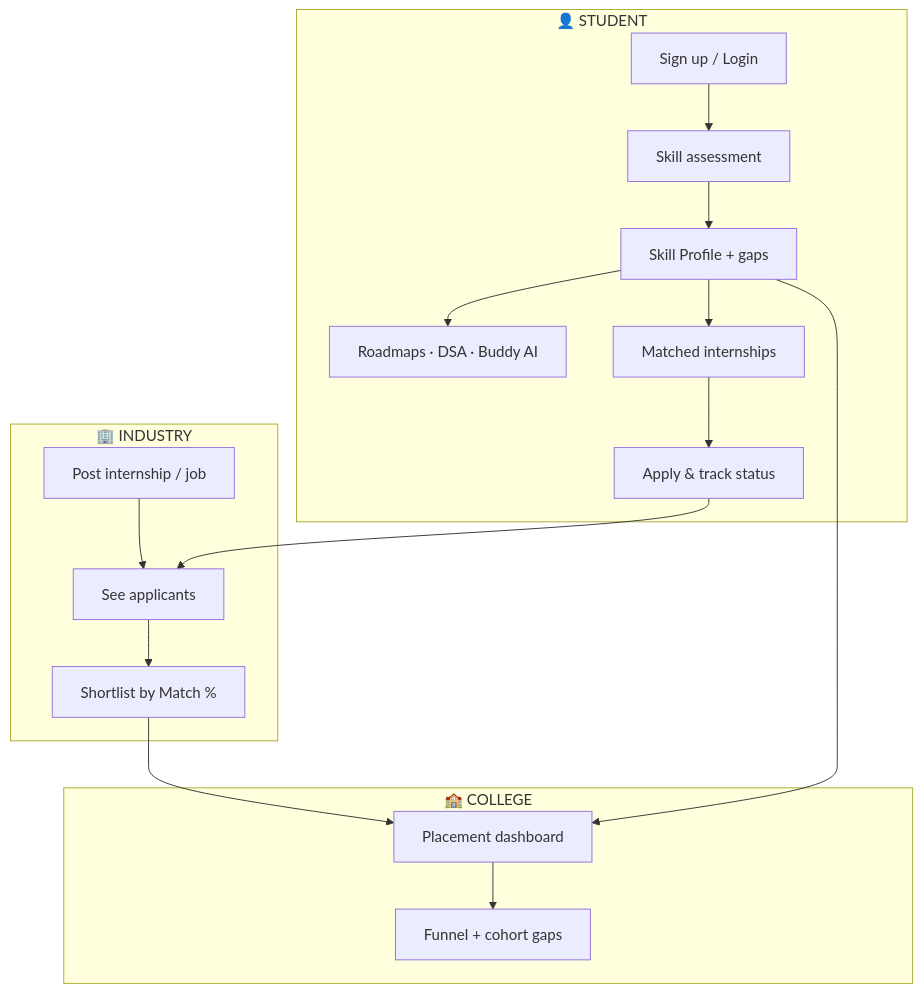
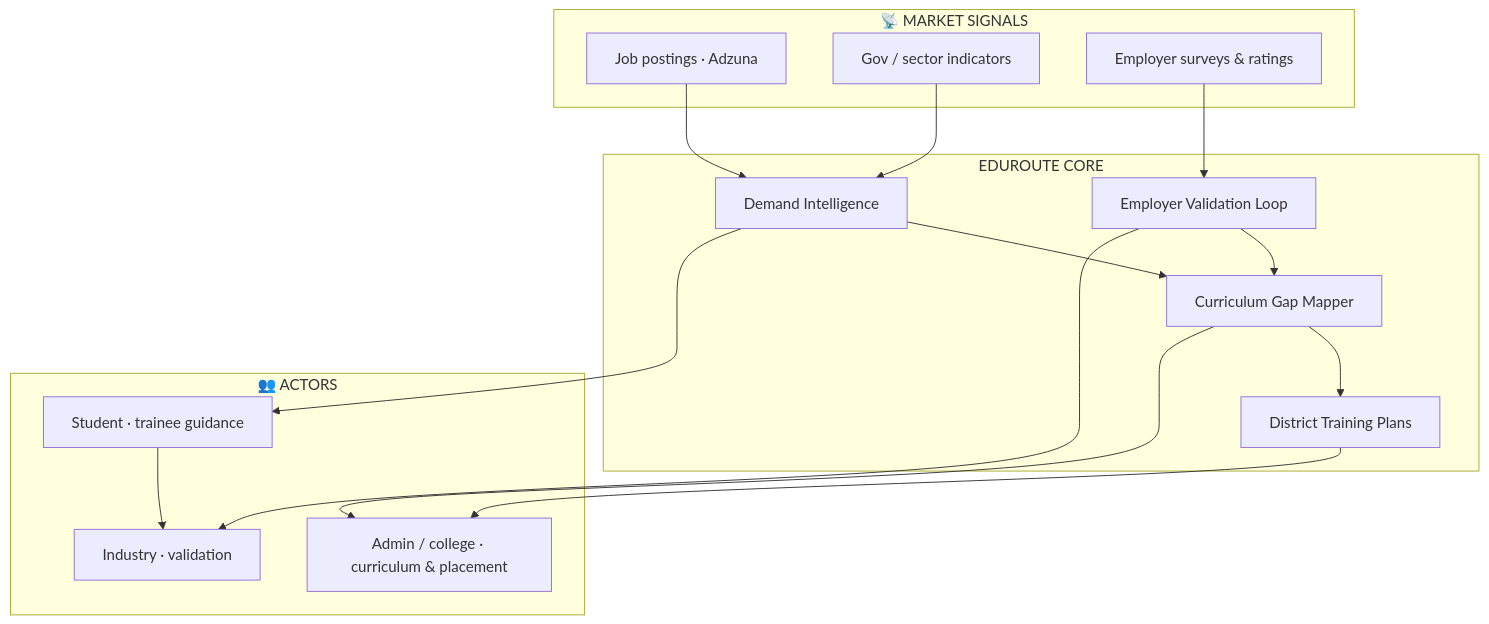
The diagram in README.md (Vanshkhandelwal28/eduroute), drawn with Mermaid before and after one commit. The commit also changed other lines of this file, not shown here.

Commit message:
docs: rewrite README for SIH26134 (labour market intel + curriculum alignment)

````diff
--- a/README.md
+++ b/README.md
@@ -50,23 +60,33 @@
 ```mermaid
 flowchart TB
-  subgraph S["👤 STUDENT"]
-    S1[Sign up / Login] --> S2[Skill assessment]
-    S2 --> S3[Skill Profile + gaps]
-    S3 --> S4[Roadmaps · DSA · Buddy AI]
-    S3 --> S5[Matched internships]
-    S5 --> S6[Apply & track status]
+  subgraph SIGNALS["📡 MARKET SIGNALS"]
+    J[Job postings · Adzuna]
+    G[Gov / sector indicators]
+    E[Employer surveys & ratings]
   end
 
-  subgraph I["🏢 INDUSTRY"]
-    I1[Post internship / job] --> I2[See applicants]
-    I2 --> I3[Shortlist by Match %]
+  subgraph CORE["EDUROUTE CORE"]
+    DI[Demand Intelligence]
+    CG[Curriculum Gap Mapper]
+    EV[Employer Validation Loop]
+    TP[District Training Plans]
   end
 
-  subgraph C["🏫 COLLEGE"]
-    C1[Placement dashboard] --> C2[Funnel + cohort gaps]
+  subgraph ACTORS["👥 ACTORS"]
+    ST[Student · trainee guidance]
+    IN[Industry · validation]
+    AD[Admin / college · curriculum & placement]
   end
 
-  S6 --> I2
-  I3 --> C1
-  S3 --> C1
+  J --> DI
+  G --> DI
+  E --> EV
+  DI --> CG
+  EV --> CG
+  CG --> TP
+  DI --> ST
+  CG --> AD
+  EV --> IN
+  TP --> AD
+  ST --> IN
 ```
````
